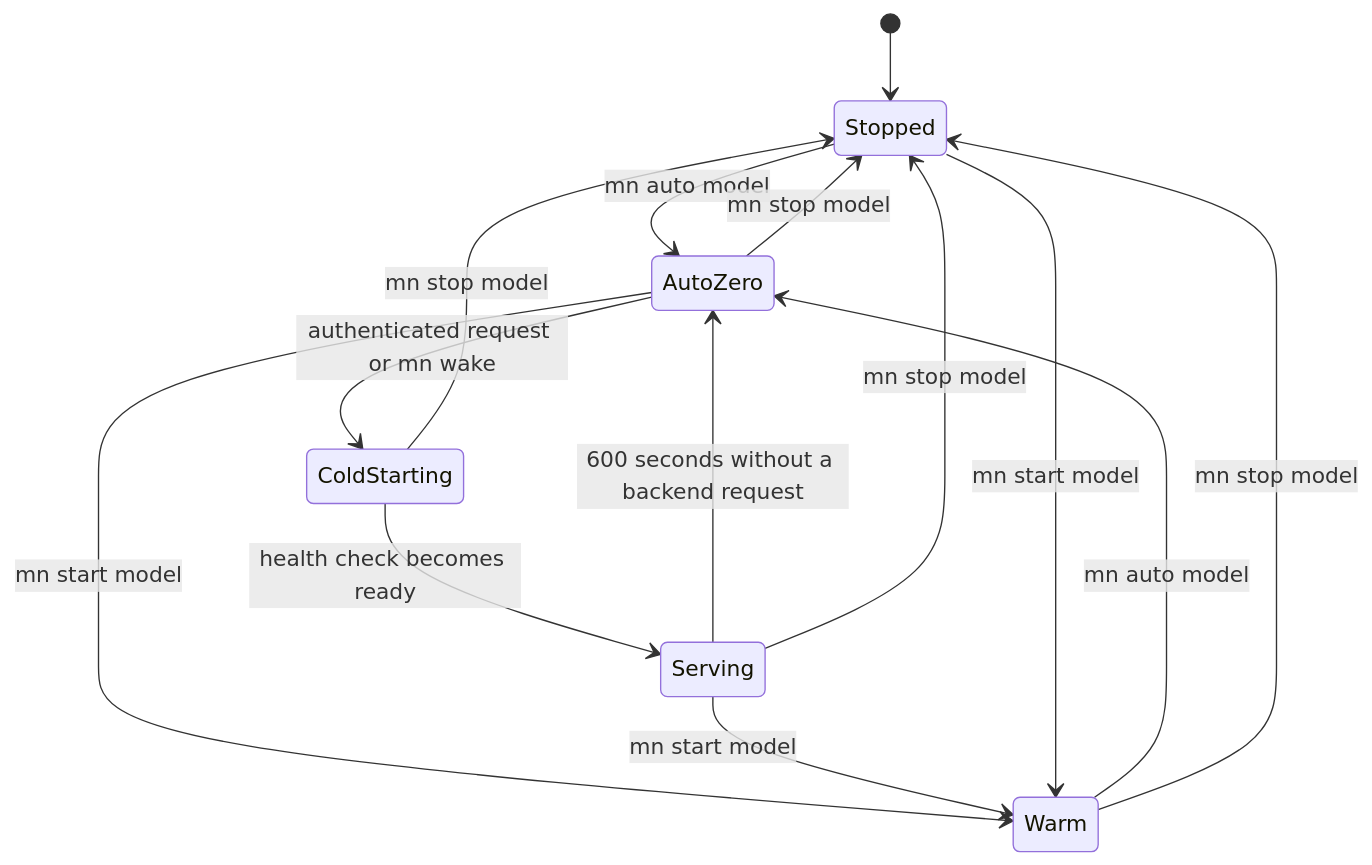
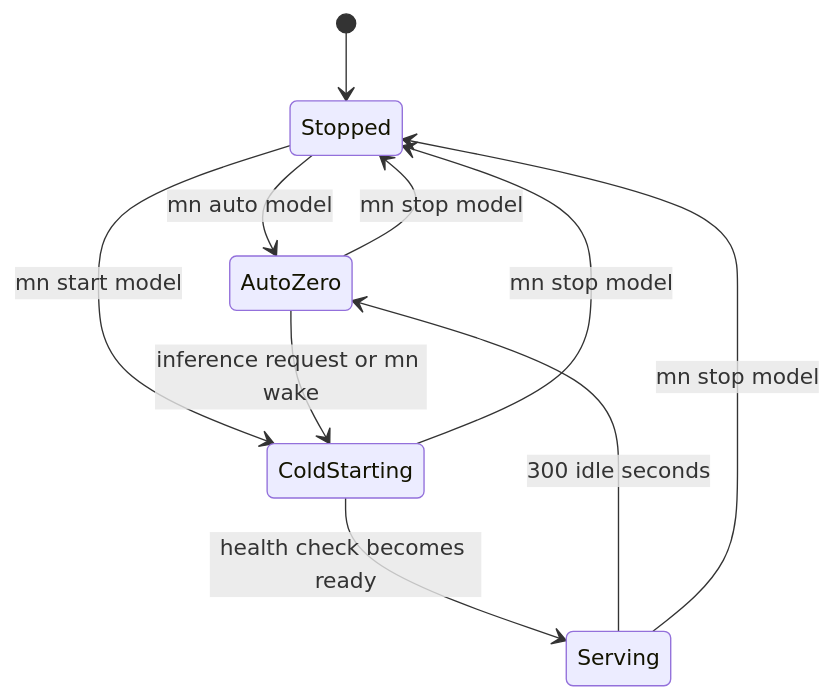
The third of 8 diagrams in README.md (eminogrande/mn-uncensored), drawn with Mermaid before and after one commit. The commit also changed other lines of this file and 14 other files, not shown here.

````diff
--- a/README.md
+++ b/README.md
@@ -223,16 +234,12 @@
 ```mermaid
 stateDiagram-v2
     [*] --> Stopped
     Stopped --> AutoZero: mn auto model
-    AutoZero --> ColdStarting: authenticated request or mn wake
+    Stopped --> ColdStarting: mn start model
+    AutoZero --> ColdStarting: inference request or mn wake
     ColdStarting --> Serving: health check becomes ready
-    Serving --> AutoZero: 600 seconds without a backend request
-    AutoZero --> Warm: mn start model
-    Serving --> Warm: mn start model
-    Warm --> AutoZero: mn auto model
-    Stopped --> Warm: mn start model
+    Serving --> AutoZero: 300 idle seconds
     AutoZero --> Stopped: mn stop model
     ColdStarting --> Stopped: mn stop model
     Serving --> Stopped: mn stop model
-    Warm --> Stopped: mn stop model
 ```
````
